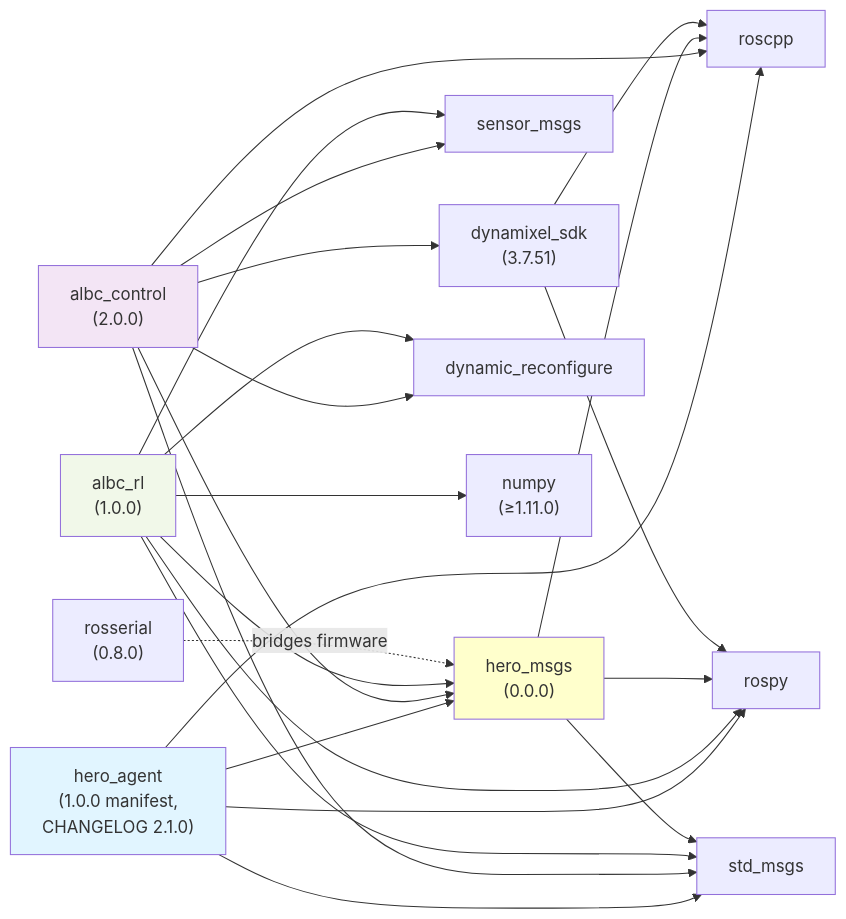
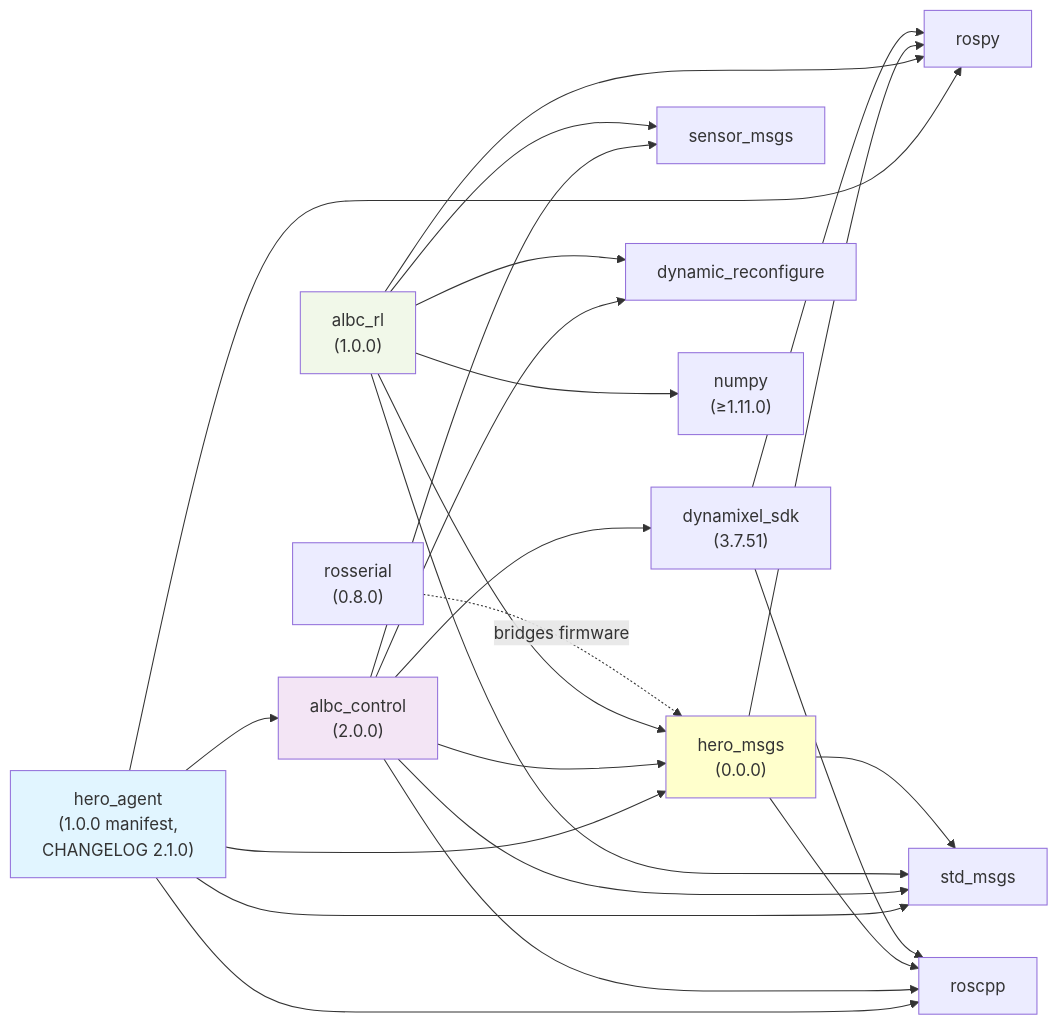
The second of 2 diagrams in docs/ARCHITECTURE.md (HERO-Lab-POSTECH/agent-jetson), drawn with Mermaid before and after one commit. The commit also changed other lines of this file and 3 other files, not shown here.

First line of the commit message:
docs: record the cleanup in the package CHANGELOGs; close the last ARCHITECTURE drift

````diff
--- a/docs/ARCHITECTURE.md
+++ b/docs/ARCHITECTURE.md
@@ -629,49 +645,50 @@
 ```mermaid
 graph LR
     hero_msgs["hero_msgs<br/>(0.0.0)"]
     hero_agent["hero_agent<br/>(1.0.0 manifest,<br/>CHANGELOG 2.1.0)"]
     albc_control["albc_control<br/>(2.0.0)"]
     albc_rl["albc_rl<br/>(1.0.0)"]
     
     roscpp["roscpp"]
     rospy["rospy"]
     std_msgs["std_msgs"]
     sensor_msgs["sensor_msgs"]
     dynamixel_sdk["dynamixel_sdk<br/>(3.7.51)"]
     dynamic_reconfigure["dynamic_reconfigure"]
     numpy["numpy<br/>(≥1.11.0)"]
     rosserial["rosserial<br/>(0.8.0)"]
     
     hero_agent --> hero_msgs
+    hero_agent --> albc_control
     hero_agent --> roscpp
     hero_agent --> rospy
     hero_agent --> std_msgs
     
     albc_control --> hero_msgs
     albc_control --> roscpp
     albc_control --> std_msgs
     albc_control --> sensor_msgs
     albc_control --> dynamixel_sdk
     albc_control --> dynamic_reconfigure
     
     albc_rl --> hero_msgs
     albc_rl --> rospy
     albc_rl --> std_msgs
     albc_rl --> sensor_msgs
     albc_rl --> dynamic_reconfigure
     albc_rl --> numpy
     
     hero_msgs --> roscpp
     hero_msgs --> rospy
     hero_msgs --> std_msgs
     
     dynamixel_sdk --> roscpp
     dynamixel_sdk --> rospy
     
     rosserial -.->|bridges firmware| hero_msgs
     
     style hero_msgs fill:#ffffcc
     style hero_agent fill:#e1f5ff
     style albc_control fill:#f3e5f5
     style albc_rl fill:#f1f8e9
 ```
````
